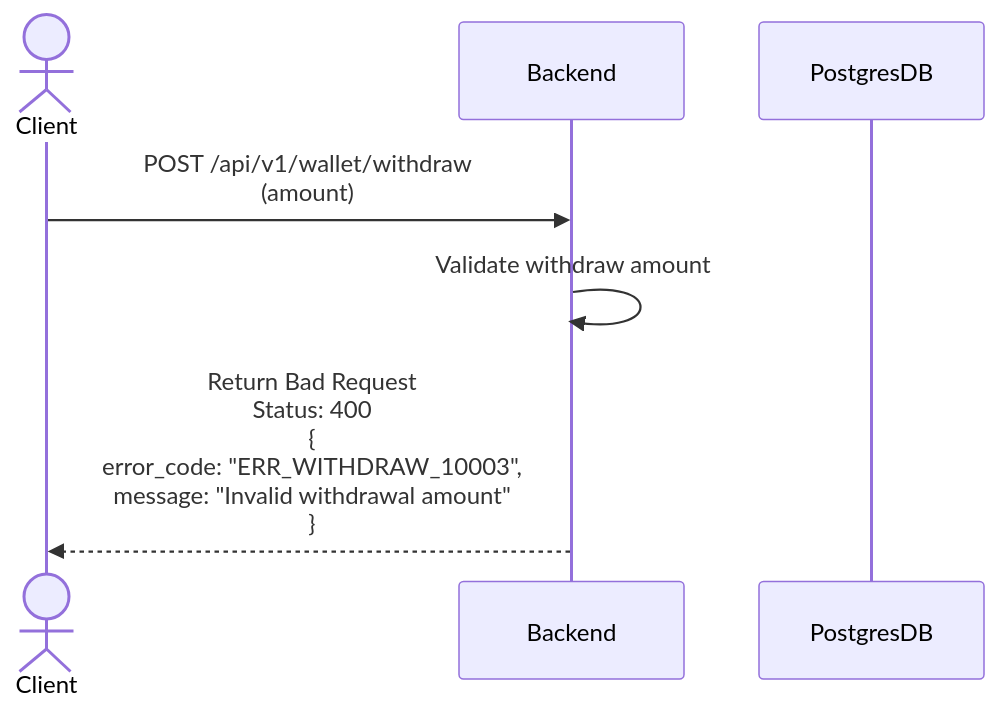
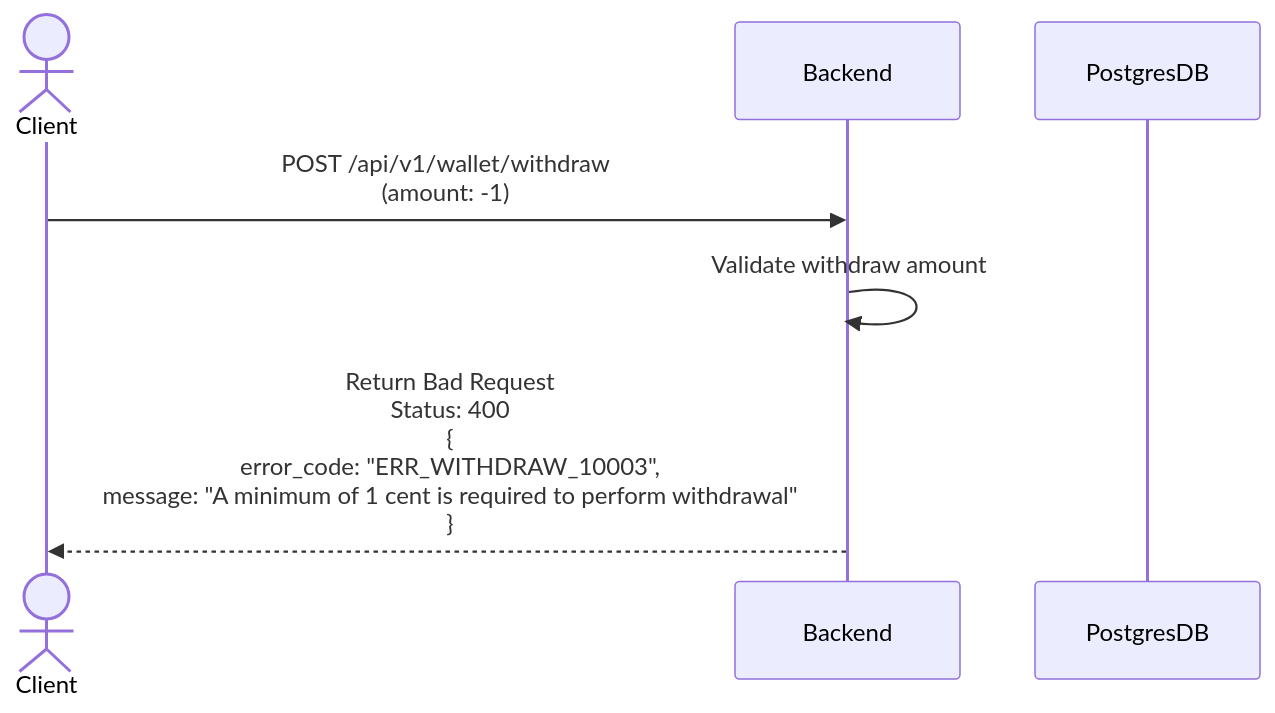
One commit to leeliwei930/walletassignment changed the third of 3 diagrams in docs/scenarios/withdraw_money.md. Above: the diagram before and after it, drawn with Mermaid. The commit also changed other lines of this file and 6 other files, not shown here.

Commit message:
Update authentication method in README and scenarios to use X-PHONE-NUMBER header; add OpenAPI documentation for wallet API endpoints and scenarios for deposit, withdrawal, and transfer operations.

````diff
--- a/docs/scenarios/withdraw_money.md
+++ b/docs/scenarios/withdraw_money.md
@@ -56,10 +42,10 @@
 ```mermaid
 sequenceDiagram
     actor Client
     participant Backend
     participant PostgresDB
 
-    Client->>Backend: POST /api/v1/wallet/withdraw<br/>(amount)
+    Client->>Backend: POST /api/v1/wallet/withdraw<br/>(amount: -1)
     Backend->>Backend: Validate withdraw amount
-    Backend-->>Client: Return Bad Request<br/>Status: 400<br/>{<br/>error_code: "ERR_WITHDRAW_10003",<br/>message: "Invalid withdrawal amount"<br/>}
+    Backend-->>Client: Return Bad Request<br/>Status: 400<br/>{<br/>error_code: "ERR_WITHDRAW_10003",<br/>message: "A minimum of 1 cent is required to perform withdrawal"<br/>}
 ```
````
